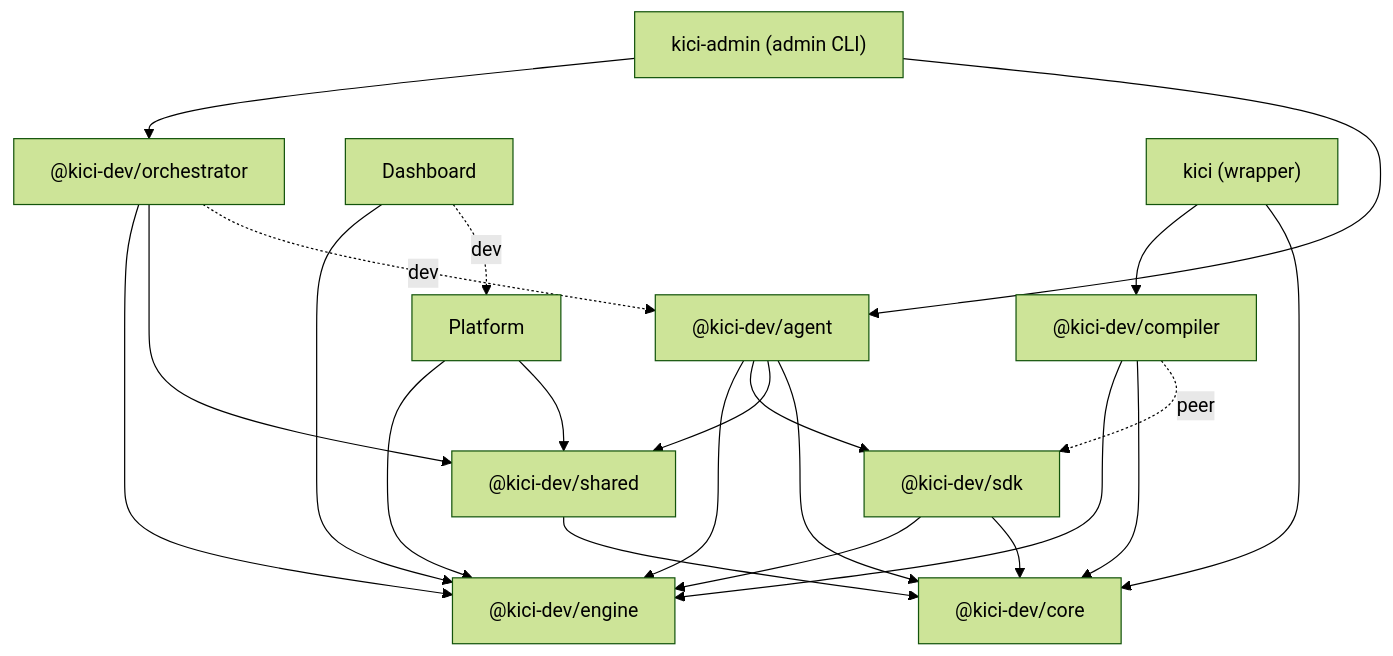
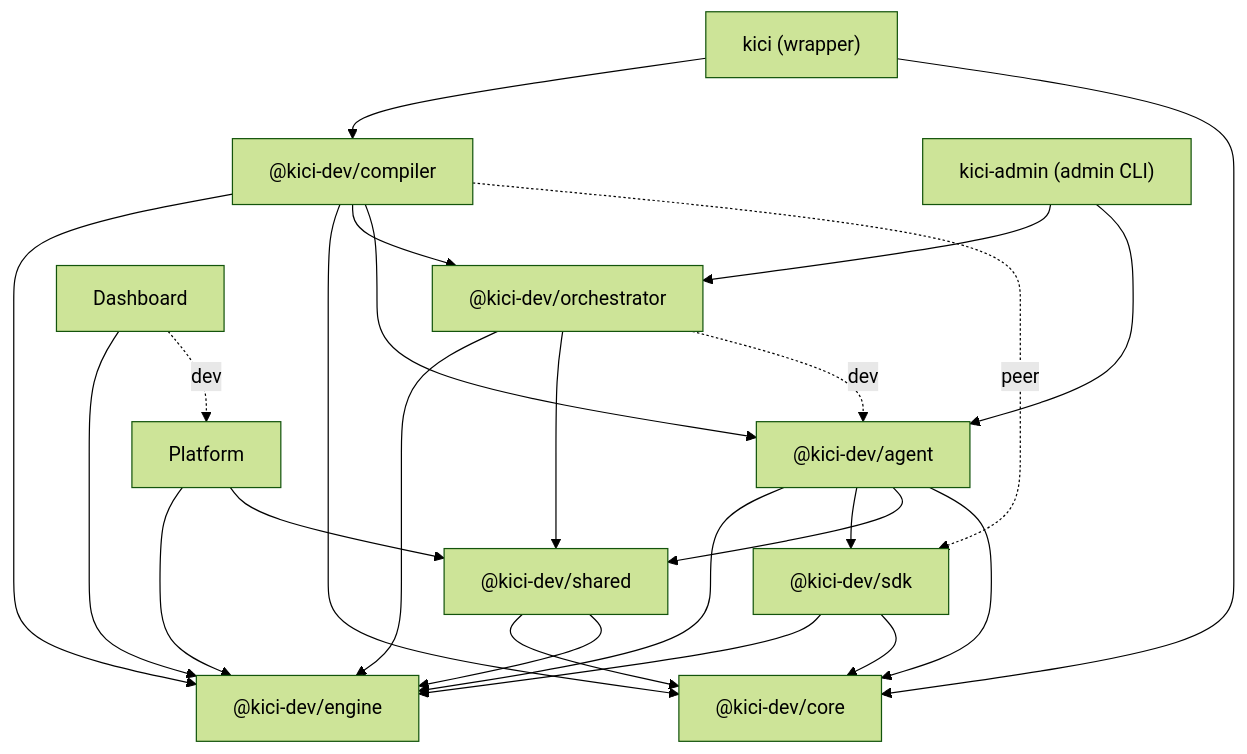
Before and after one commit to kici-dev/kici-public: the second of 2 diagrams in docs/architecture/overview.md, drawn with Mermaid (forest theme). The commit also changed other lines of this file and 1147 other files, not shown here.

````diff
--- a/docs/architecture/overview.md
+++ b/docs/architecture/overview.md
@@ -139,36 +163,39 @@
 ```mermaid
 flowchart TD
     CORE["@kici-dev/core"]
     SDK["@kici-dev/sdk"]
     COMPILER["@kici-dev/compiler"]
     SHARED["@kici-dev/shared"]
     ENGINE["@kici-dev/engine"]
     PLATFORM["Platform"]
     ORCH["@kici-dev/orchestrator"]
     AGENT["@kici-dev/agent"]
     DASH["Dashboard"]
 
     DASH --> ENGINE
     DASH -.->|dev| PLATFORM
     SHARED --> CORE
+    SHARED --> ENGINE
     SDK --> ENGINE
     SDK --> CORE
     COMPILER --> ENGINE
     COMPILER --> CORE
+    COMPILER --> ORCH
+    COMPILER --> AGENT
     COMPILER -.->|peer| SDK
     PLATFORM --> ENGINE
     PLATFORM --> SHARED
     ORCH --> ENGINE
     ORCH --> SHARED
     ORCH -.->|dev| AGENT
     AGENT --> ENGINE
     AGENT --> SDK
     AGENT --> SHARED
     AGENT --> CORE
     KICI["kici (wrapper)"]
     KICI --> COMPILER
     KICI --> CORE
     KICIADMIN["kici-admin (admin CLI)"]
     KICIADMIN --> ORCH
     KICIADMIN --> AGENT
 ```
````
